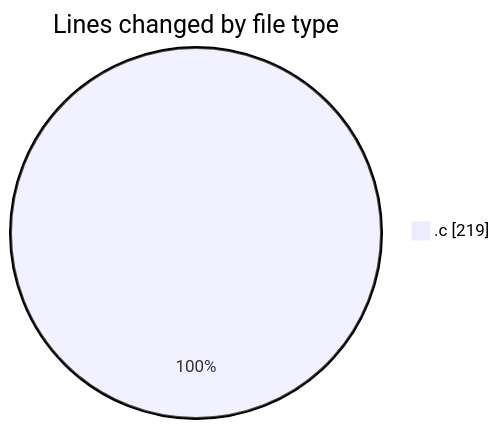
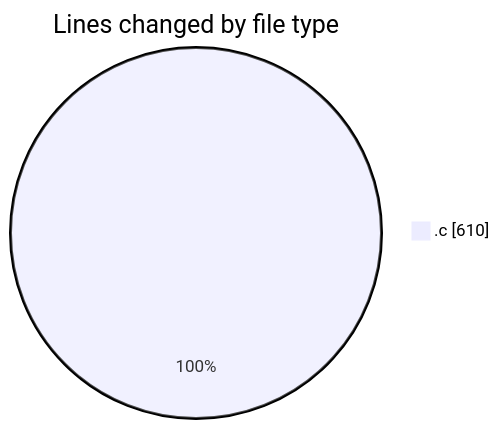
Before and after one commit to Ritupan-Deka/code-tracking: the first of 2 diagrams in 2025-01-26/search/README.md, drawn with Mermaid. The commit also changed other lines of this file and 1 other file, not shown here.

````diff
--- a/2025-01-26/search/README.md
+++ b/2025-01-26/search/README.md
@@ -20,5 +20,5 @@
 ```mermaid
 pie showData
 title Lines changed by file type
-".c" : 219
+".c" : 610
 ```
````
